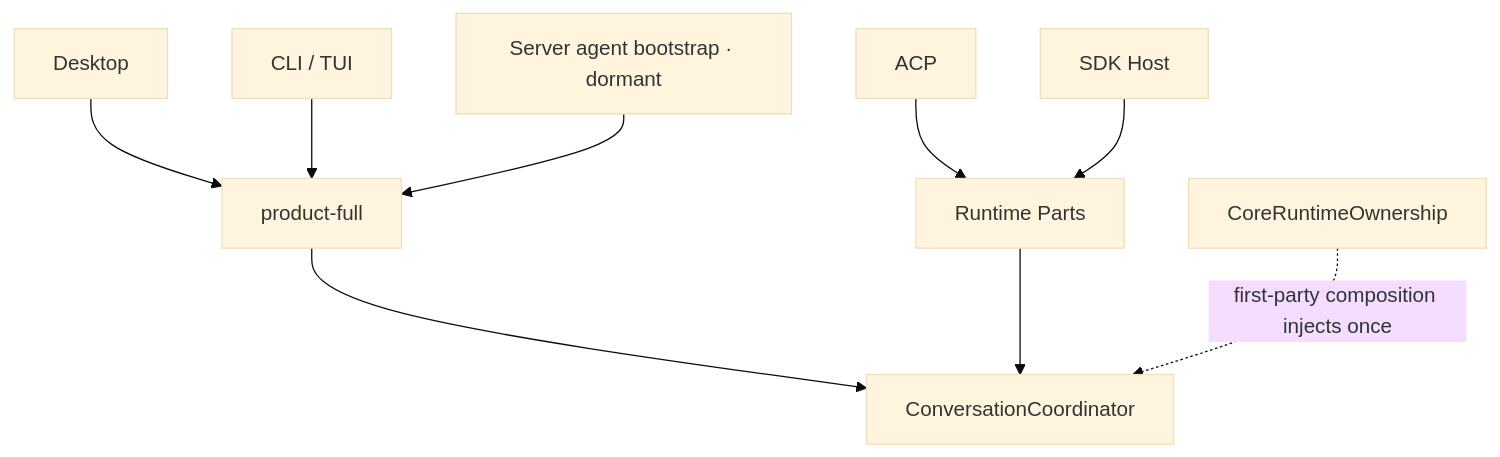
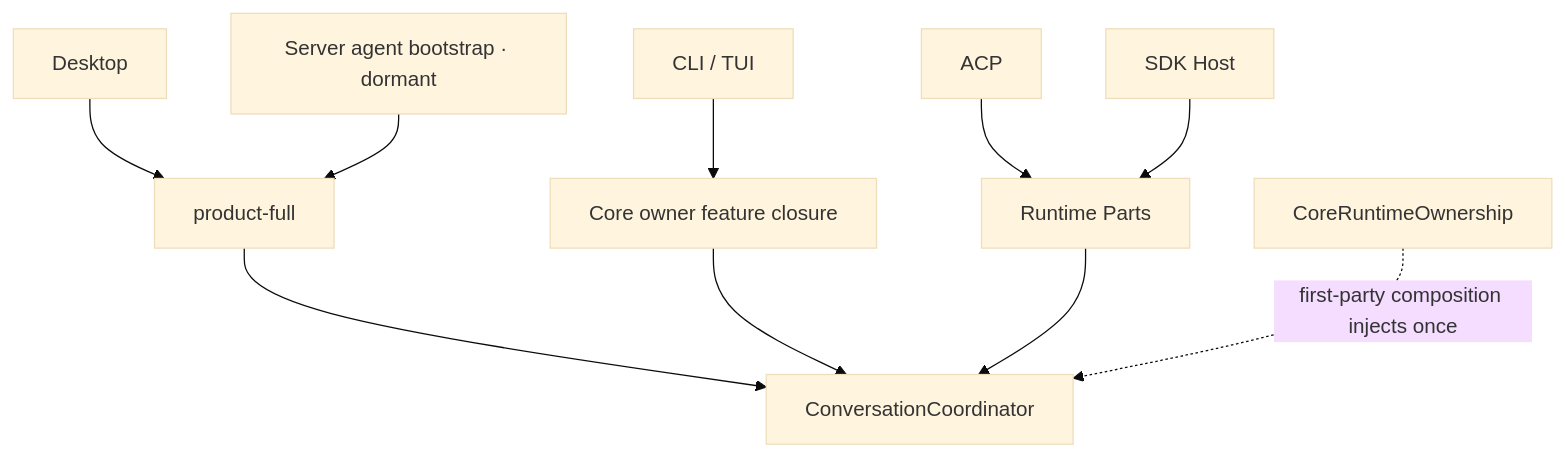
Diagram 11 of 13 in docs/architecture/product-architecture.md (1688mengdie/BitFun), drawn with Mermaid (base theme) before and after one commit. The commit also changed other lines of this file and 56 other files, not shown here.

Commit message:
perf(build): isolate CLI Core capability closure

````diff
--- a/docs/architecture/product-architecture.md
+++ b/docs/architecture/product-architecture.md
@@ -724,12 +724,13 @@
 ```mermaid
 flowchart TB
   Desktop["Desktop"] --> Full["product-full"]
-  CLI["CLI / TUI"] --> Full
+  CLI["CLI / TUI"] --> CliClosure["Core owner feature closure"]
   ACP["ACP"] --> Parts["Runtime Parts"]
   SDKHost["SDK Host"] --> Parts
   ServerBootstrap["Server agent bootstrap · dormant"] --> Full
 
   Full --> Coordinator["ConversationCoordinator"]
+  CliClosure --> Coordinator
   Parts --> Coordinator
   Ownership["CoreRuntimeOwnership"] -. "first-party composition injects once" .-> Coordinator
 ```
````
